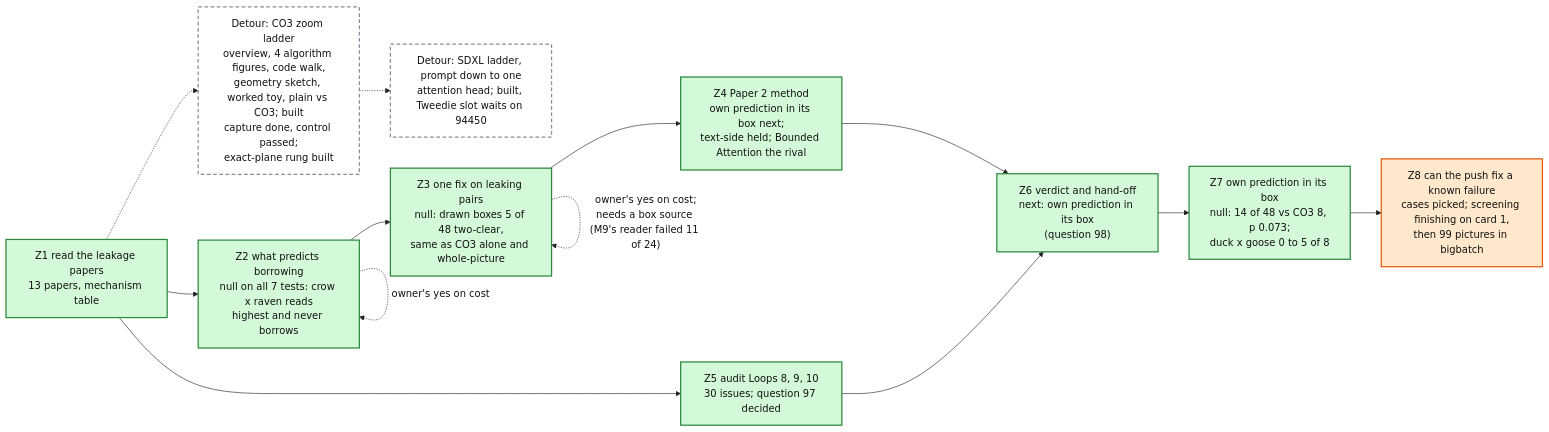
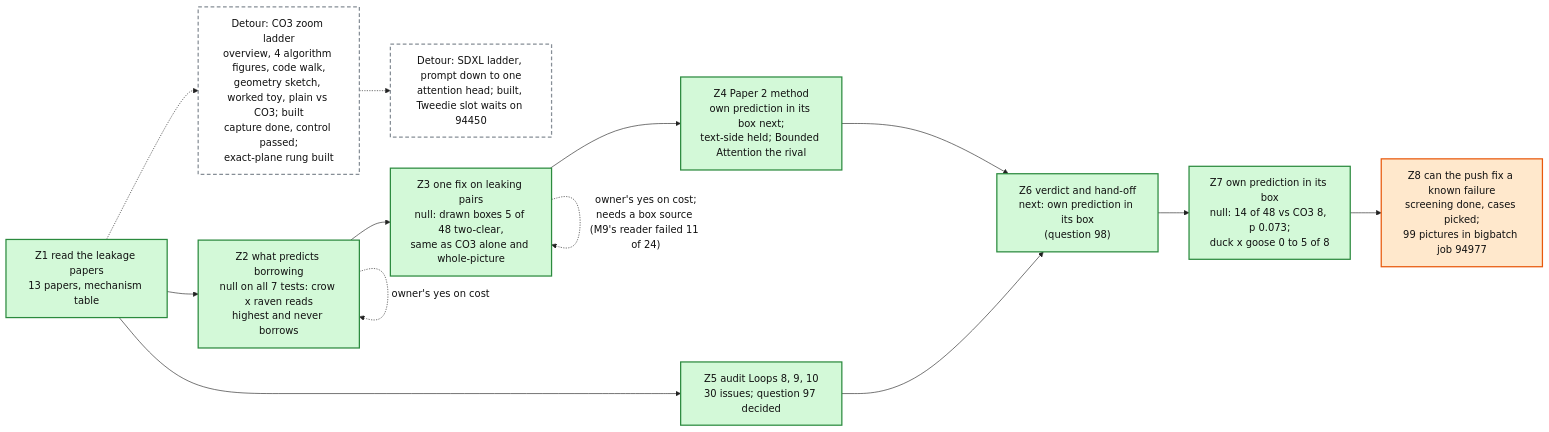
One commit to mo-rsa24/concept-composition changed the diagram in artifacts/notes/progress/leakage/loop-12-progress.mmd. Above: the diagram before and after it, drawn with Mermaid. The commit also changed 1 other file, not shown here.

Commit message:
Loop 12 map: Z8 proper queued as job 94977

```diff
--- a/artifacts/notes/progress/leakage/loop-12-progress.mmd
+++ b/artifacts/notes/progress/leakage/loop-12-progress.mmd
@@ -1,24 +1,24 @@
 %%{init: {'theme': 'base', 'themeVariables': {'fontFamily': 'monospace', 'primaryColor': '#ffffff', 'primaryBorderColor': '#222222', 'primaryTextColor': '#111111', 'lineColor': '#222222'}}}%%
 flowchart LR
   Z1["Z1 read the leakage papers<br/>13 papers, mechanism table"]:::done
   Z2["Z2 what predicts borrowing<br/>null on all 7 tests: crow x raven reads<br/>highest and never borrows"]:::done
   Z3["Z3 one fix on leaking pairs<br/>null: drawn boxes 5 of 48 two-clear,<br/>same as CO3 alone and whole-picture"]:::done
   Z4["Z4 Paper 2 method<br/>own prediction in its box next;<br/>text-side held; Bounded Attention the rival"]:::done
   Z5["Z5 audit Loops 8, 9, 10<br/>30 issues; question 97 decided"]:::done
   Z6["Z6 verdict and hand-off<br/>next: own prediction in its box<br/>(question 98)"]:::done
   LAD["Detour: CO3 zoom ladder<br/>overview, 4 algorithm figures, code walk,<br/>geometry sketch, worked toy, plain vs CO3; built<br/>capture done, control passed;<br/>exact-plane rung built"]:::detour
   Z1 -.-> LAD
   SDX["Detour: SDXL ladder, prompt down to one<br/>attention head; built, Tweedie slot waits on 94450"]:::detour
   LAD -.-> SDX
   Z1 --> Z2 --> Z3 --> Z4 --> Z6
   Z1 --> Z5 --> Z6
   Z2 -. "owner's yes on cost" .-> Z2
   Z3 -. "owner's yes on cost;<br/>needs a box source (M9's reader failed 11 of 24)" .-> Z3
   Z7["Z7 own prediction in its box<br/>null: 14 of 48 vs CO3 8, p 0.073;<br/>duck x goose 0 to 5 of 8"]:::done
   Z6 --> Z7
-  Z8["Z8 can the push fix a known failure<br/>cases picked; screening finishing on card 1,<br/>then 99 pictures in bigbatch"]:::doing
+  Z8["Z8 can the push fix a known failure<br/>screening done, cases picked;<br/>99 pictures in bigbatch job 94977"]:::doing
   Z7 --> Z8
   classDef done fill:#d3f9d8,stroke:#2b8a3e,stroke-width:2px
   classDef doing fill:#ffe8cc,stroke:#e8590c,stroke-width:2px
   classDef detour fill:#ffffff,stroke:#868e96,stroke-width:2px,stroke-dasharray: 6 4
   classDef todo fill:#f1f3f5,stroke:#868e96,stroke-width:2px
```
